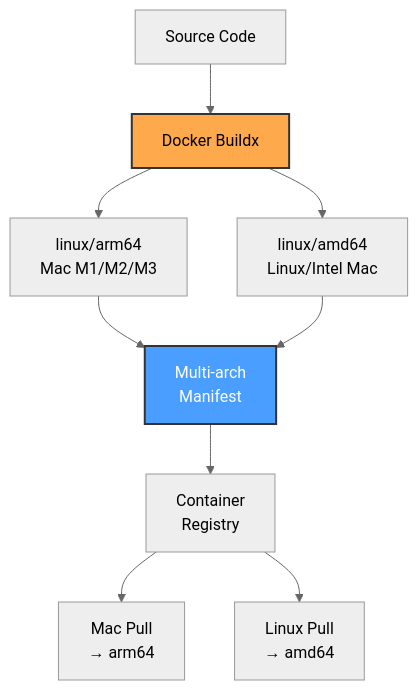
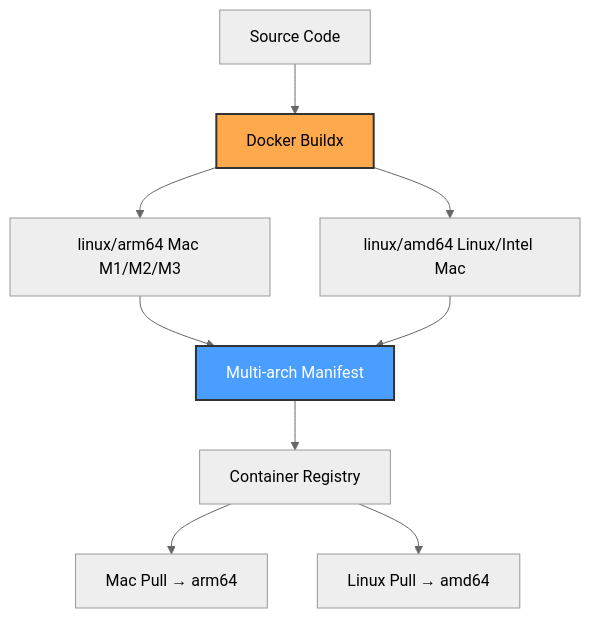
The eighth of 9 diagrams in wiki/Architecture.md (softwarewrighter/dev-proxy), drawn with Mermaid (neutral theme) before and after one commit. The commit also changed other lines of this file and 6 other files, not shown here.

First line of the commit message:
Fix wiki Mermaid diagrams: remove <br/> tags

````diff
--- a/wiki/Architecture.md
+++ b/wiki/Architecture.md
@@ -255,18 +255,18 @@
 ```mermaid
 graph TB
     Source[Source Code] --> Builder[Docker Buildx]
 
-    Builder --> ARM[linux/arm64<br/>Mac M1/M2/M3]
-    Builder --> AMD[linux/amd64<br/>Linux/Intel Mac]
+    Builder --> ARM[linux/arm64 Mac M1/M2/M3]
+    Builder --> AMD[linux/amd64 Linux/Intel Mac]
 
-    ARM --> Manifest[Multi-arch<br/>Manifest]
+    ARM --> Manifest[Multi-arch Manifest]
     AMD --> Manifest
 
-    Manifest --> Registry[Container<br/>Registry]
+    Manifest --> Registry[Container Registry]
 
-    Registry --> MacPull[Mac Pull<br/>→ arm64]
-    Registry --> LinuxPull[Linux Pull<br/>→ amd64]
+    Registry --> MacPull[Mac Pull → arm64]
+    Registry --> LinuxPull[Linux Pull → amd64]
 
     style Builder fill:#ffa94d,stroke:#333,stroke-width:2px
     style Manifest fill:#4a9eff,stroke:#333,stroke-width:2px,color:#fff
 ```
````
